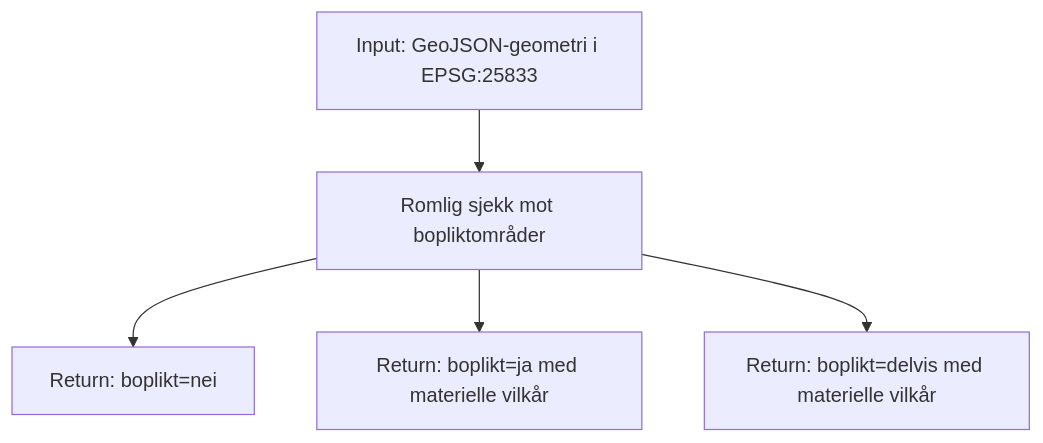
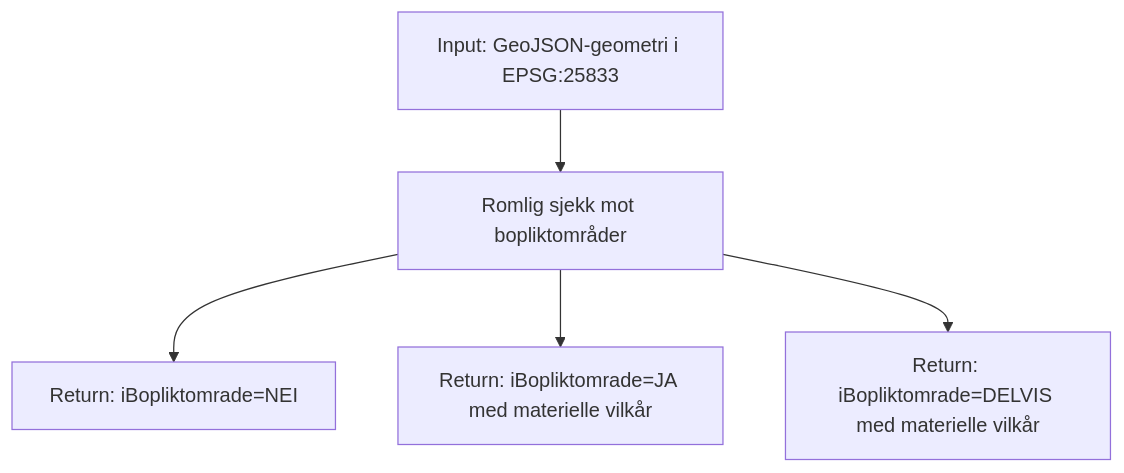
Before and after one commit to kartverket/smia-ogc-api: the first of 2 diagrams in docs/bopliktsjekken.md, drawn with Mermaid. The commit also changed other lines of this file and 4 other files, not shown here.

````diff
--- a/docs/bopliktsjekken.md
+++ b/docs/bopliktsjekken.md
@@ -6,7 +7,7 @@
 ```mermaid
 flowchart TD
     A[Input: GeoJSON-geometri i EPSG:25833] --> B[Romlig sjekk mot bopliktområder]
-    B --> C[Return: boplikt=nei]
-    B --> D[Return: boplikt=ja med materielle vilkår]
-    B --> E[Return: boplikt=delvis med materielle vilkår]
+    B --> C[Return: iBopliktomrade=NEI]
+    B --> D[Return: iBopliktomrade=JA med materielle vilkår]
+    B --> E[Return: iBopliktomrade=DELVIS med materielle vilkår]
 ```
````
